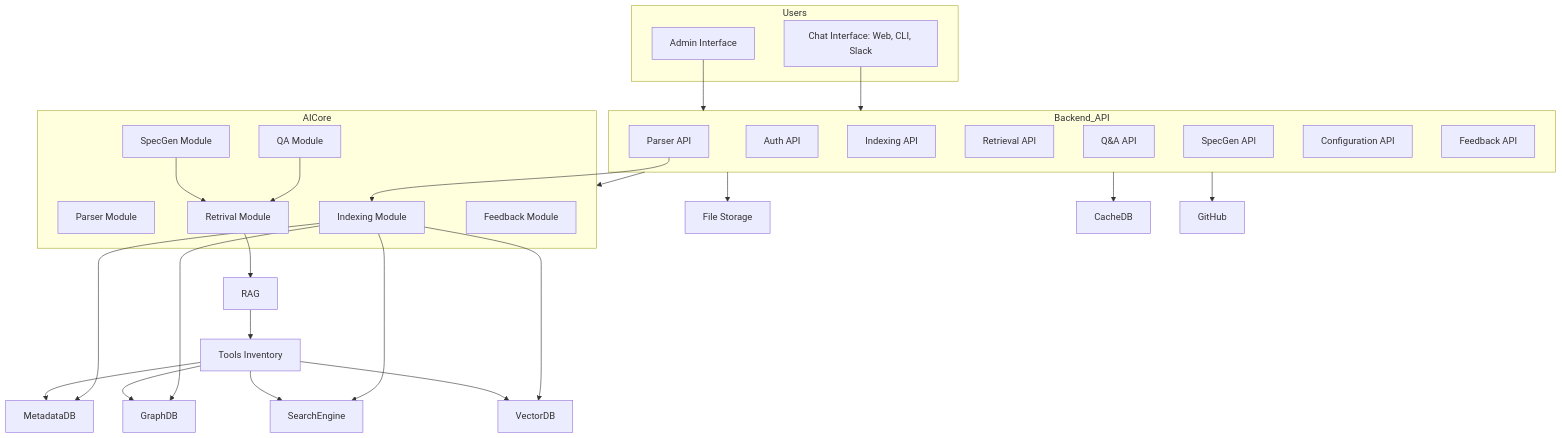
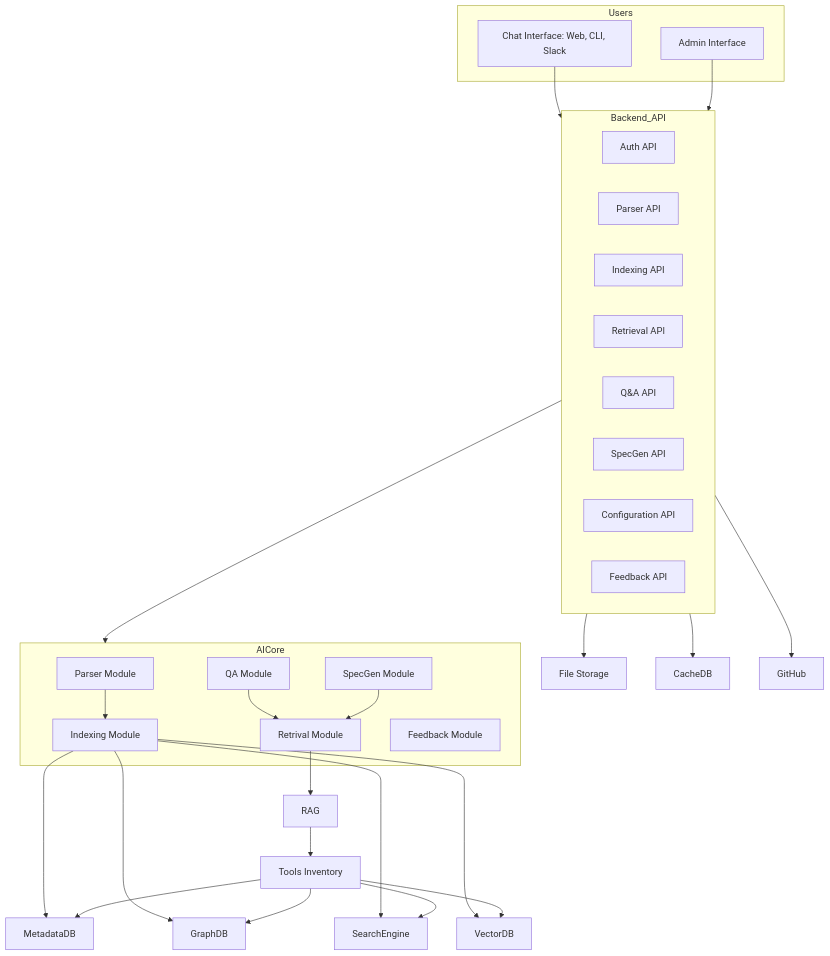
The second of 2 diagrams in _draft/C2B/CA-Design.md (anhttmle/anhttmle.github.io), drawn with Mermaid before and after one commit.

````diff
--- a/_draft/C2B/CA-Design.md
+++ b/_draft/C2B/CA-Design.md
@@ -126,55 +126,55 @@
 ```mermaid
 flowchart TD
     subgraph Users
         ChatUI[Chat Interface: Web, CLI, Slack]
         AdminUI[Admin Interface]
     end
 
     ChatUI --> Backend_API[Backend API]
     AdminUI --> Backend_API
 
     subgraph Backend_API
         AuthAPI[Auth API]
         ParserAPI[Parser API]
         IndexingAPI[Indexing API]
         RetrievalAPI[Retrieval API]
         QAAPI[Q&A API]
         SpecGenAPI[SpecGen API]
         ConfigAPI[Configuration API]
         FeedbackAPI[Feedback API]
     end
 
     subgraph AICore
         Parser[Parser Module]
         Indexing[Indexing Module]
         Retrieval[Retrival Module]
         QA[QA Module]
         SpecGen[SpecGen Module]
         Feedback[Feedback Module]
     end
 
     Backend_API --> FileStorage[File Storage]
     Backend_API --> CacheDB
     Backend_API --> GitHub
     Backend_API --> AICore
 
-    ParserAPI --> Indexing
+    Parser --> Indexing
     
     Indexing --> MetadataDB
     Indexing --> GraphDB
     Indexing --> SearchEngine
     Indexing --> VectorDB
 
     Retrieval --> RAG
     RAG --> Tools[Tools Inventory]
 
     Tools --> MetadataDB
     Tools --> GraphDB
     Tools --> SearchEngine
     Tools --> VectorDB
     
     QA --> Retrieval
     SpecGen --> Retrieval
 
 
 ```
````
